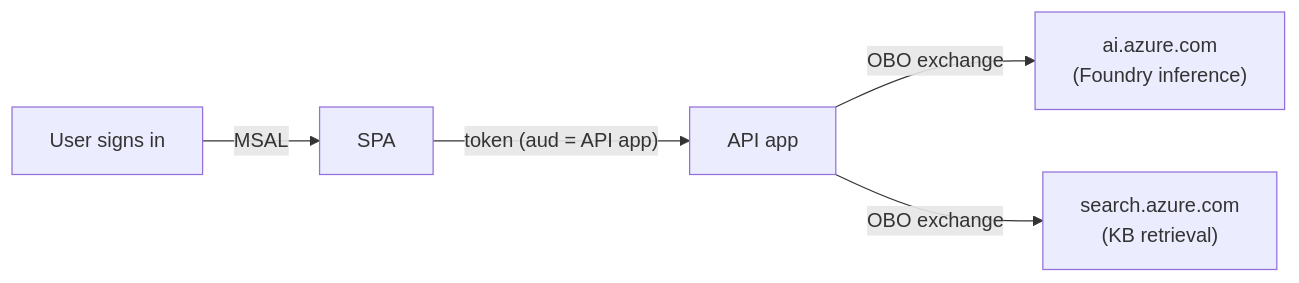
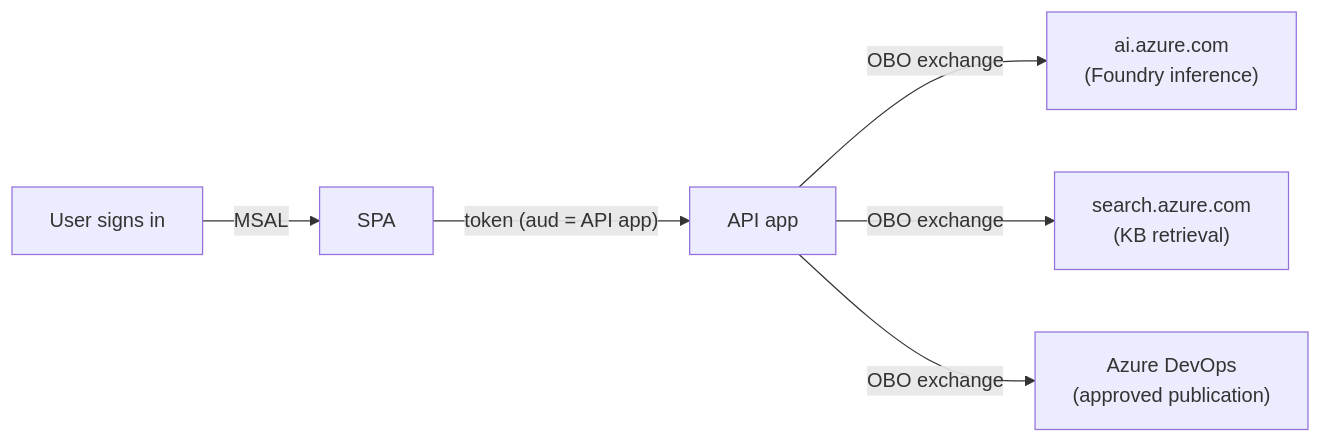
Before and after one commit to ruinosus/foundry-assured: the second of 2 diagrams in docs/IDENTITY-AND-ACCESS-SETUP.md, drawn with Mermaid. The commit also changed other lines of this file and 24 other files, not shown here.

First line of the commit message:
feat(F12): publicar ChangeSet aprovado no Azure DevOps

````diff
--- a/docs/IDENTITY-AND-ACCESS-SETUP.md
+++ b/docs/IDENTITY-AND-ACCESS-SETUP.md
@@ -71,7 +71,8 @@
 ```mermaid
 flowchart LR
   U[User signs in] -->|MSAL| SPA
   SPA -->|"token (aud = API app)"| API[API app]
   API -->|"OBO exchange"| AI["ai.azure.com<br/>(Foundry inference)"]
   API -->|"OBO exchange"| S["search.azure.com<br/>(KB retrieval)"]
+  API -->|"OBO exchange"| ADO["Azure DevOps<br/>(approved publication)"]
 ```
````
